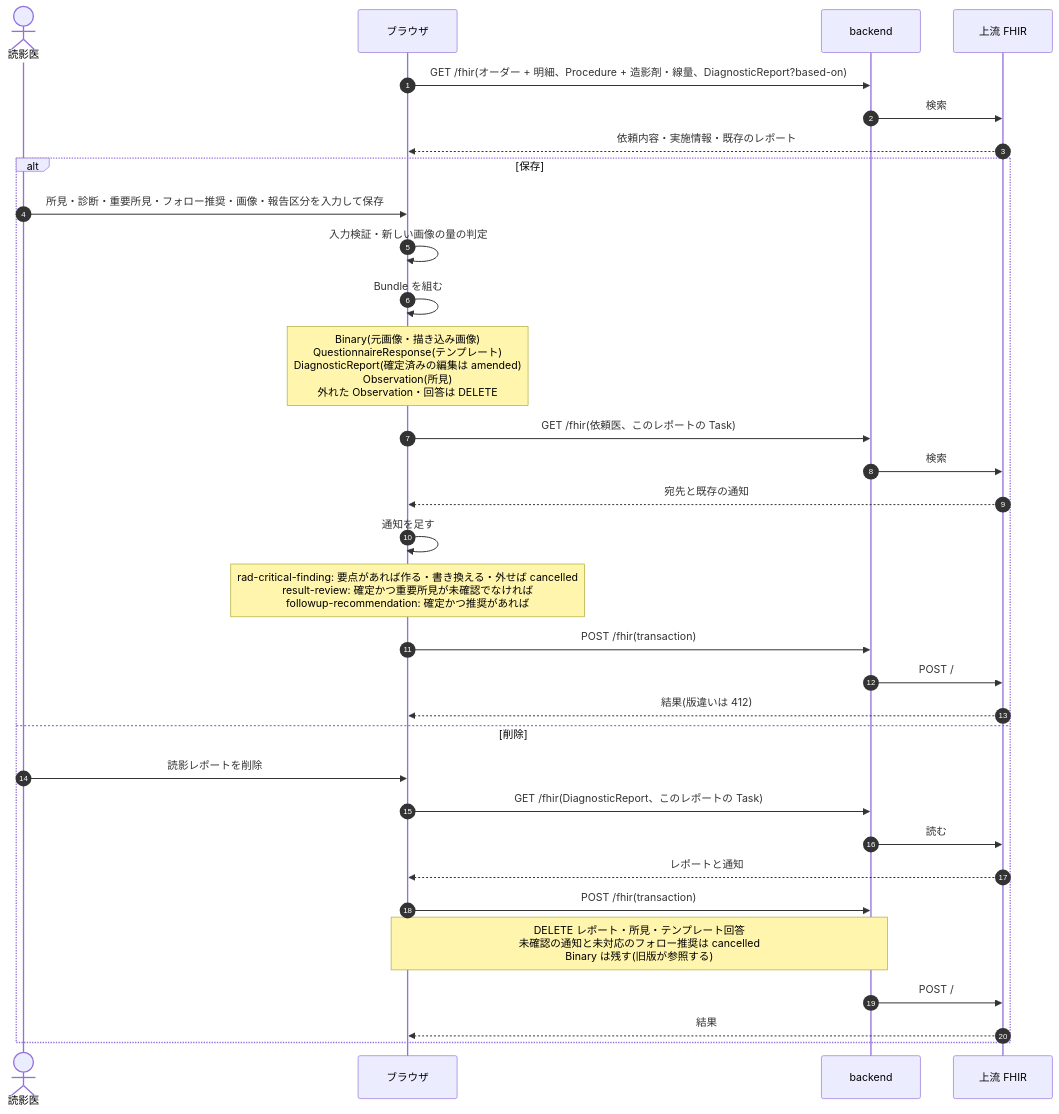
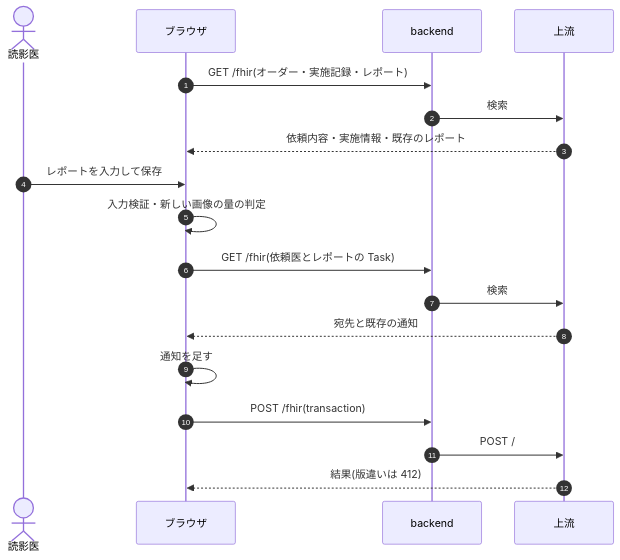
Diagram 11 of 14 in docs/dev/rad.md (ysnr-dev/fhir-client-docs), drawn with Mermaid before and after one commit. The commit also changed other lines of this file and 43 other files, not shown here.

Commit message:
docs: 業務フローとシーケンス図を写し直し

````diff
--- a/docs/dev/rad.md
+++ b/docs/dev/rad.md
@@ -209,35 +453,21 @@
 ```mermaid
 sequenceDiagram
   autonumber
   actor Rad as 読影医
   participant UI as ブラウザ
   participant BE as backend
-  participant FHIR as 上流 FHIR
+  participant FHIR as 上流
 
-  UI->>BE: GET /fhir(オーダー + 明細、Procedure + 造影剤・線量、DiagnosticReport?based-on)
+  UI->>BE: GET /fhir(オーダー・実施記録・レポート)
   BE->>FHIR: 検索
   FHIR-->>UI: 依頼内容・実施情報・既存のレポート
-  alt 保存
-    Rad->>UI: 所見・診断・重要所見・フォロー推奨・画像・報告区分を入力して保存
-    UI->>UI: 入力検証・新しい画像の量の判定
-    UI->>UI: Bundle を組む
-    Note over UI: Binary(元画像・描き込み画像)<br/>QuestionnaireResponse(テンプレート)<br/>DiagnosticReport(確定済みの編集は amended)<br/>Observation(所見)<br/>外れた Observation・回答は DELETE
-    UI->>BE: GET /fhir(依頼医、このレポートの Task)
-    BE->>FHIR: 検索
-    FHIR-->>UI: 宛先と既存の通知
-    UI->>UI: 通知を足す
-    Note over UI: rad-critical-finding: 要点があれば作る・書き換える・外せば cancelled<br/>result-review: 確定かつ重要所見が未確認でなければ<br/>followup-recommendation: 確定かつ推奨があれば
-    UI->>BE: POST /fhir(transaction)
-    BE->>FHIR: POST /
-    FHIR-->>UI: 結果(版違いは 412)
-  else 削除
-    Rad->>UI: 読影レポートを削除
-    UI->>BE: GET /fhir(DiagnosticReport、このレポートの Task)
-    BE->>FHIR: 読む
-    FHIR-->>UI: レポートと通知
-    UI->>BE: POST /fhir(transaction)
-    Note over UI,BE: DELETE レポート・所見・テンプレート回答<br/>未確認の通知と未対応のフォロー推奨は cancelled<br/>Binary は残す(旧版が参照する)
-    BE->>FHIR: POST /
-    FHIR-->>UI: 結果
-  end
+  Rad->>UI: レポートを入力して保存
+  UI->>UI: 入力検証・新しい画像の量の判定
+  UI->>BE: GET /fhir(依頼医とレポートの Task)
+  BE->>FHIR: 検索
+  FHIR-->>UI: 宛先と既存の通知
+  UI->>UI: 通知を足す
+  UI->>BE: POST /fhir(transaction)
+  BE->>FHIR: POST /
+  FHIR-->>UI: 結果(版違いは 412)
 ```
````
